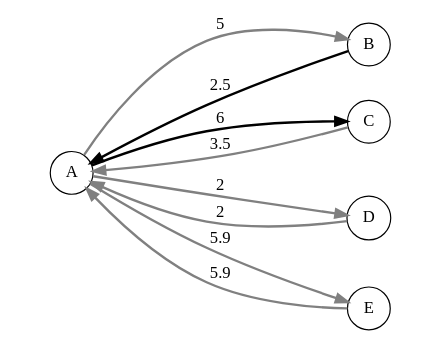
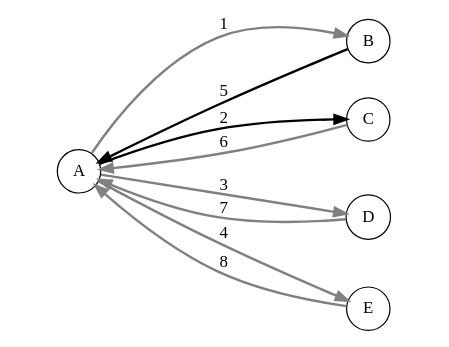
Before and after one commit to akemp/HPXTraffic: the diagram in traffic/out.dot, drawn with Graphviz. The commit also changed 1 other file, not shown here.

```diff
--- a/traffic/out.dot
+++ b/traffic/out.dot
@@ -1,7 +1,7 @@
 digraph D {
   rankdir=LR
   size="4,3"
   ratio="fill"
   edge[style="bold"]
   node[shape="circle"]
-A -> B[label="5", color="grey"]A -> C[label="6", color="black"]A -> D[label="2", color="grey"]A -> E[label="5.9", color="grey"]B -> A[label="2.5", color="black"]C -> A[label="3.5", color="grey"]D -> A[label="2", color="grey"]E -> A[label="5.9", color="grey"]}
+A -> B[label="1", color="grey"]A -> C[label="2", color="black"]A -> D[label="3", color="grey"]A -> E[label="4", color="grey"]B -> A[label="5", color="black"]C -> A[label="6", color="grey"]D -> A[label="7", color="grey"]E -> A[label="8", color="grey"]}
```
